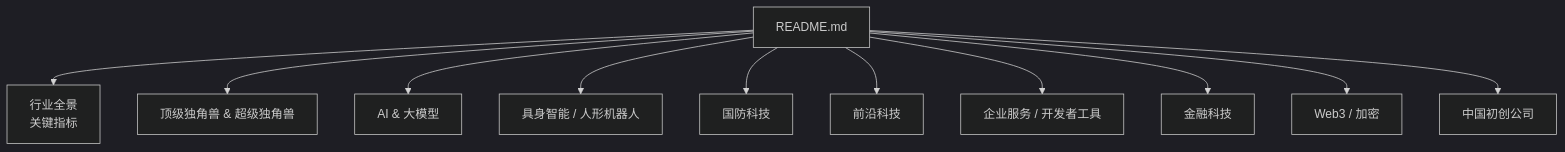
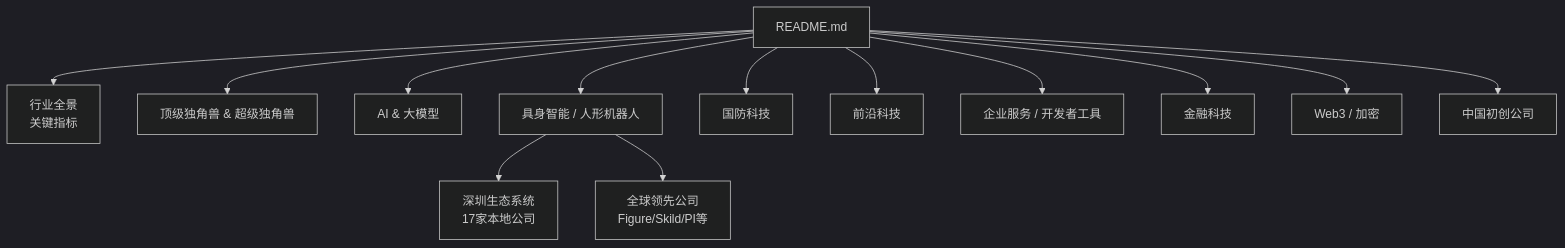
One commit to allengaller/awesome-startups changed the first of 3 diagrams in .qoder/repowiki/zh/content/具身智能 _ 人形机器人.md. Above: the diagram before and after it, drawn with Mermaid (dark theme). The commit also changed other lines of this file and 113 other files, not shown here.

````diff
--- a/.qoder/repowiki/zh/content/具身智能 _ 人形机器人.md
+++ b/.qoder/repowiki/zh/content/具身智能 _ 人形机器人.md
@@ -33,13 +37,15 @@
 ```mermaid
 graph TB
 A["README.md"] --> B["行业全景<br/>关键指标"]
 A --> C["顶级独角兽 & 超级独角兽"]
 A --> D["AI & 大模型"]
 A --> E["具身智能 / 人形机器人"]
 A --> F["国防科技"]
 A --> G["前沿科技"]
 A --> H["企业服务 / 开发者工具"]
 A --> I["金融科技"]
 A --> J["Web3 / 加密"]
 A --> K["中国初创公司"]
+E --> L["深圳生态系统<br/>17家本地公司"]
+E --> M["全球领先公司<br/>Figure/Skild/PI等"]
 ```
````
